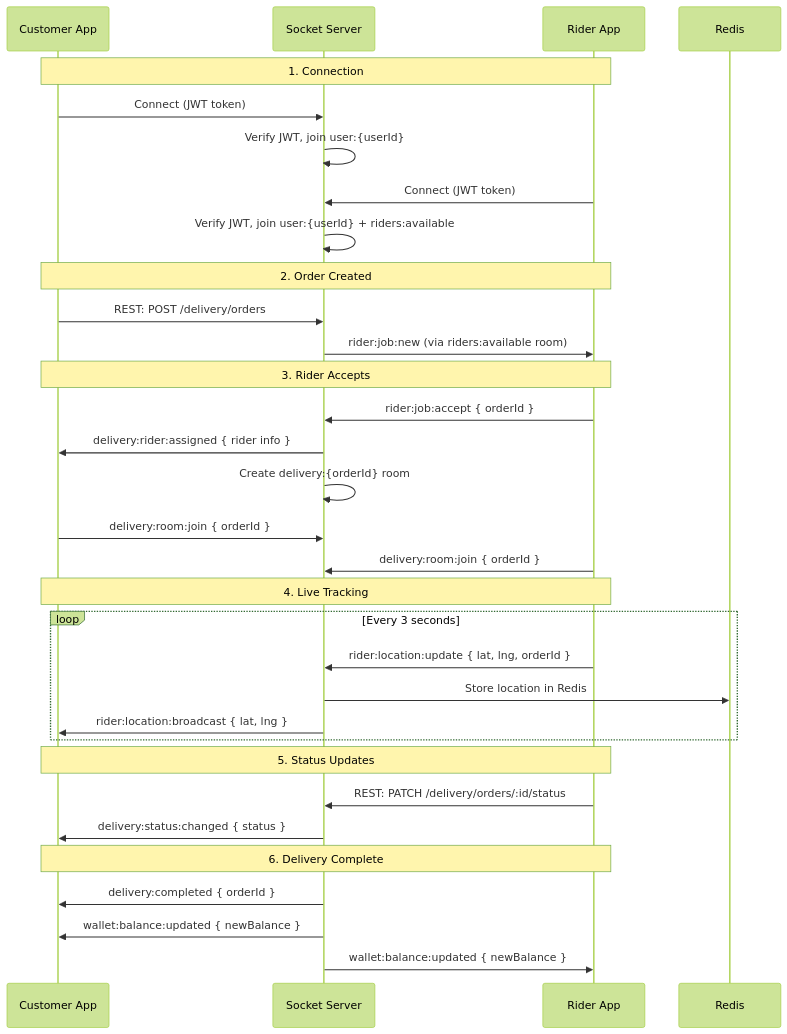
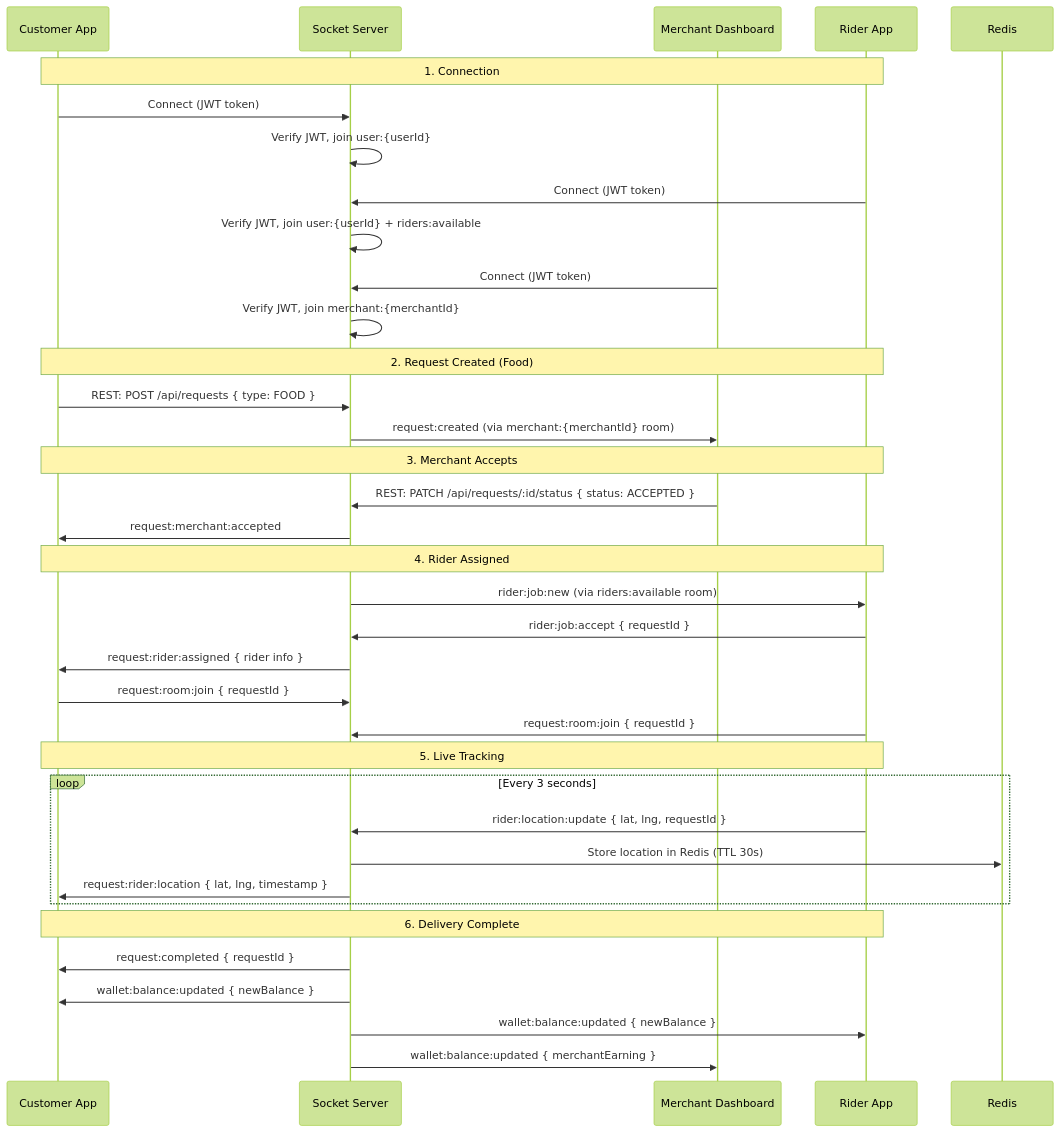
The fourth of 5 diagrams in docs/ARCHITECTURE.md (bishirtijjani/logistics), drawn with Mermaid (forest theme) before and after one commit. The commit also changed other lines of this file and 162 other files, not shown here.

````diff
--- a/docs/ARCHITECTURE.md
+++ b/docs/ARCHITECTURE.md
@@ -121,40 +141,44 @@
 ```mermaid
 sequenceDiagram
     participant C as Customer App
     participant S as Socket Server
+    participant M as Merchant Dashboard
     participant R as Rider App
     participant RD as Redis
 
     Note over C,R: 1. Connection
     C->>S: Connect (JWT token)
     S->>S: Verify JWT, join user:{userId}
     R->>S: Connect (JWT token)
     S->>S: Verify JWT, join user:{userId} + riders:available
+    M->>S: Connect (JWT token)
+    S->>S: Verify JWT, join merchant:{merchantId}
 
-    Note over C,R: 2. Order Created
-    C->>S: REST: POST /delivery/orders
+    Note over C,R: 2. Request Created (Food)
+    C->>S: REST: POST /api/requests { type: FOOD }
+    S->>M: request:created (via merchant:{merchantId} room)
+
+    Note over C,R: 3. Merchant Accepts
+    M->>S: REST: PATCH /api/requests/:id/status { status: ACCEPTED }
+    S->>C: request:merchant:accepted
+
+    Note over C,R: 4. Rider Assigned
     S->>R: rider:job:new (via riders:available room)
+    R->>S: rider:job:accept { requestId }
+    S->>C: request:rider:assigned { rider info }
+    C->>S: request:room:join { requestId }
+    R->>S: request:room:join { requestId }
 
-    Note over C,R: 3. Rider Accepts
-    R->>S: rider:job:accept { orderId }
-    S->>C: delivery:rider:assigned { rider info }
-    S->>S: Create delivery:{orderId} room
-    C->>S: delivery:room:join { orderId }
-    R->>S: delivery:room:join { orderId }
-
-    Note over C,R: 4. Live Tracking
+    Note over C,R: 5. Live Tracking
     loop Every 3 seconds
-        R->>S: rider:location:update { lat, lng, orderId }
-        S->>RD: Store location in Redis
-        S->>C: rider:location:broadcast { lat, lng }
+        R->>S: rider:location:update { lat, lng, requestId }
+        S->>RD: Store location in Redis (TTL 30s)
+        S->>C: request:rider:location { lat, lng, timestamp }
     end
 
-    Note over C,R: 5. Status Updates
-    R->>S: REST: PATCH /delivery/orders/:id/status
-    S->>C: delivery:status:changed { status }
-
     Note over C,R: 6. Delivery Complete
-    S->>C: delivery:completed { orderId }
+    S->>C: request:completed { requestId }
     S->>C: wallet:balance:updated { newBalance }
     S->>R: wallet:balance:updated { newBalance }
+    S->>M: wallet:balance:updated { merchantEarning }
 ```
````
